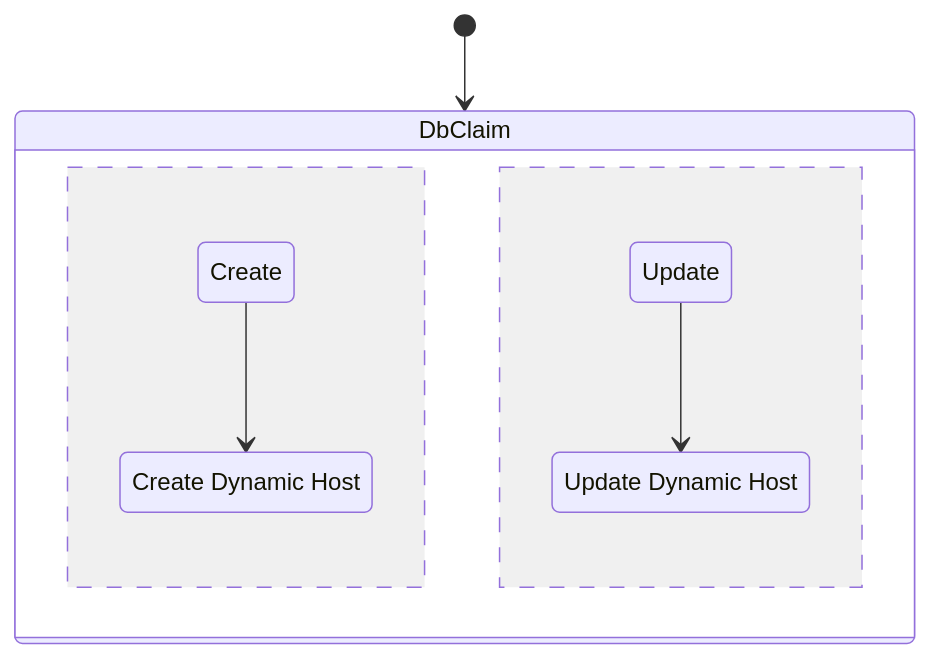
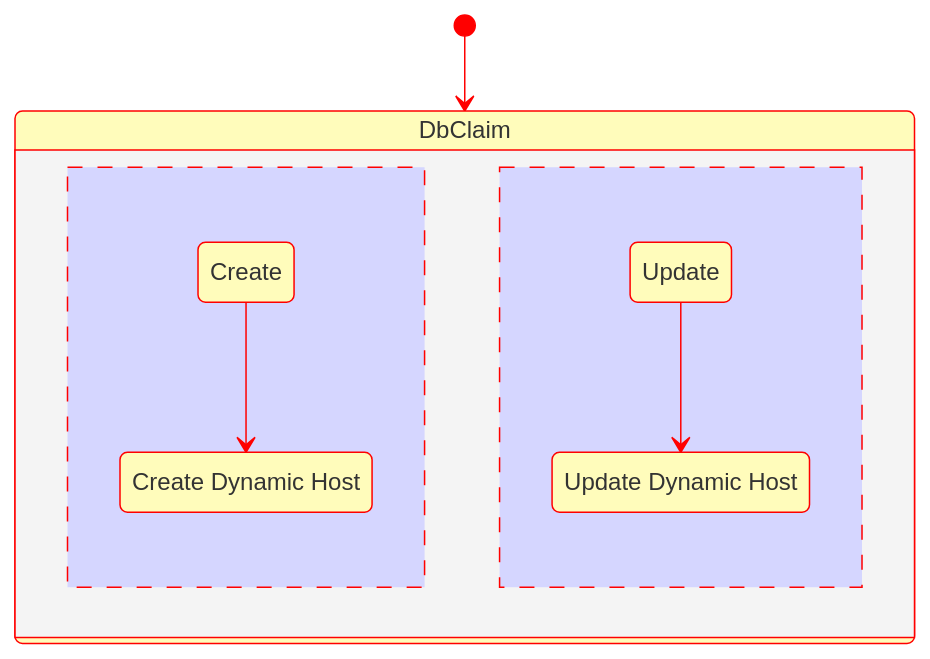
Before and after one commit to infobloxopen/db-controller: the seventh of 8 diagrams in docs/index.md, drawn with Mermaid. The commit also changed other lines of this file and 1 other file, not shown here.

Commit message:
Added doc styling to diagrams

````diff
--- a/docs/index.md
+++ b/docs/index.md
@@ -515,12 +520,13 @@
 ```mermaid
+%%{init: {'theme': 'base', 'themeVariables': { 'primaryColor': '#fffcbb', 'lineColor': '#ff0000', 'primaryBorderColor': '#ff0000'}}}%%
 stateDiagram-v2
 CDH: Create Dynamic Host
 CDU: Update Dynamic Host
 
 [*] --> DbClaim
 state DbClaim {
     Create --> CDH
     --
     Update --> CDU
 }
 ```
````
